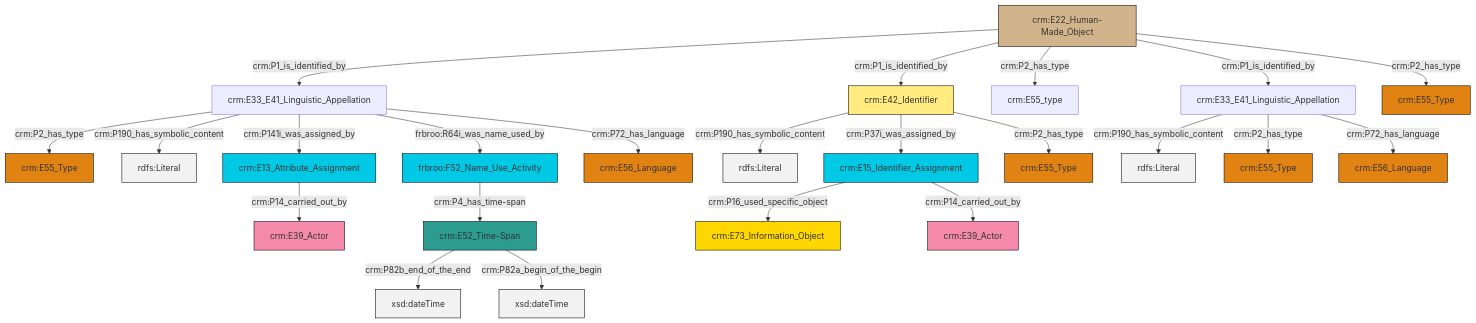
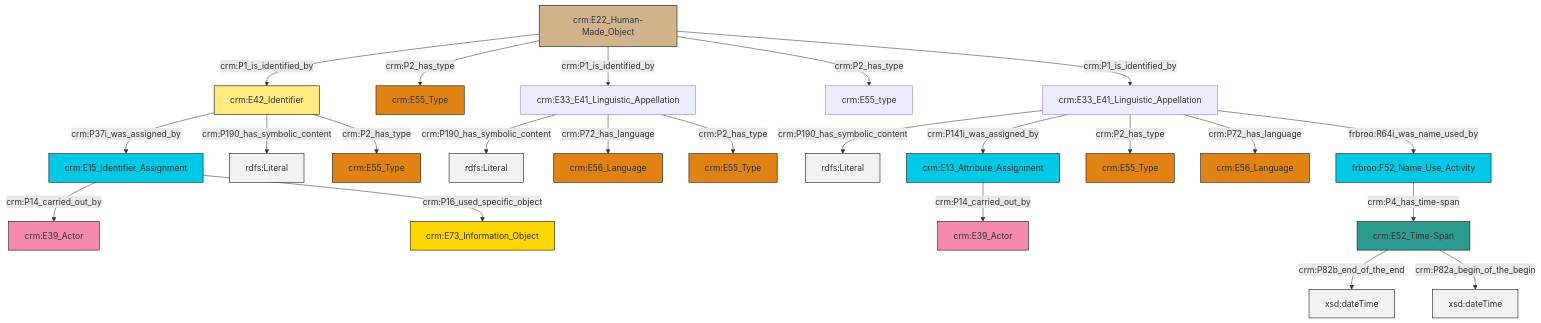
The diagram in et/artworkCSV/ttl/mmd/Artwork_Name.ttl.mmd (swiss-art-research-net/reference-data-models), drawn with Mermaid before and after one commit. The commit also changed 129 other files, not shown here.

```diff
--- a/et/artworkCSV/ttl/mmd/Artwork_Name.ttl.mmd
+++ b/et/artworkCSV/ttl/mmd/Artwork_Name.ttl.mmd
@@ -1,37 +1,37 @@
 graph TD
 classDef Literal fill:#f2f2f2,stroke:#000000;
 classDef CRM_Entity fill:#FFFFFF,stroke:#000000;
 classDef Temporal_Entity fill:#00C9E6, stroke:#000000;
 classDef Type fill:#E18312, stroke:#000000;
 classDef Time-Span fill:#2C9C91, stroke:#000000;
 classDef Appellation fill:#FFEB7F, stroke:#000000;
 classDef Place fill:#008836, stroke:#000000;
 classDef Persistent_Item fill:#B266B2, stroke:#000000;
 classDef Conceptual_Object fill:#FFD700, stroke:#000000;
 classDef Physical_Thing fill:#D2B48C, stroke:#000000;
 classDef Actor fill:#f58aad, stroke:#000000;
 classDef PC_Classes fill:#4ce600, stroke:#000000;
 classDef Multi fill:#cccccc,stroke:#000000;
 
-0["frbroo:F52_Name_Use_Activity"]:::Temporal_Entity -->|crm:P4_has_time-span| 1["crm:E52_Time-Span"]:::Time-Span
-7["crm:E42_Identifier"]:::Appellation -->|crm:P190_has_symbolic_content| 8[rdfs:Literal]:::Literal
-12["crm:E13_Attribute_Assignment"]:::Temporal_Entity -->|crm:P14_carried_out_by| 13["crm:E39_Actor"]:::Actor
-2["crm:E22_Human-Made_Object"]:::Physical_Thing -->|crm:P1_is_identified_by| 5["crm:E33_E41_Linguistic_Appellation"]:::Default
-16["crm:E33_E41_Linguistic_Appellation"]:::Default -->|crm:P190_has_symbolic_content| 17[rdfs:Literal]:::Literal
-2["crm:E22_Human-Made_Object"]:::Physical_Thing -->|crm:P1_is_identified_by| 7["crm:E42_Identifier"]:::Appellation
-2["crm:E22_Human-Made_Object"]:::Physical_Thing -->|crm:P2_has_type| 23["crm:E55_type"]:::Default
-5["crm:E33_E41_Linguistic_Appellation"]:::Default -->|crm:P2_has_type| 21["crm:E55_Type"]:::Type
-1["crm:E52_Time-Span"]:::Time-Span -->|crm:P82b_end_of_the_end| 24[xsd:dateTime]:::Literal
-2["crm:E22_Human-Made_Object"]:::Physical_Thing -->|crm:P1_is_identified_by| 16["crm:E33_E41_Linguistic_Appellation"]:::Default
-5["crm:E33_E41_Linguistic_Appellation"]:::Default -->|crm:P190_has_symbolic_content| 30[rdfs:Literal]:::Literal
-5["crm:E33_E41_Linguistic_Appellation"]:::Default -->|crm:P141i_was_assigned_by| 12["crm:E13_Attribute_Assignment"]:::Temporal_Entity
-5["crm:E33_E41_Linguistic_Appellation"]:::Default -->|frbroo:R64i_was_name_used_by| 0["frbroo:F52_Name_Use_Activity"]:::Temporal_Entity
-18["crm:E15_Identifier_Assignment"]:::Temporal_Entity -->|crm:P16_used_specific_object| 26["crm:E73_Information_Object"]:::Conceptual_Object
-18["crm:E15_Identifier_Assignment"]:::Temporal_Entity -->|crm:P14_carried_out_by| 34["crm:E39_Actor"]:::Actor
-5["crm:E33_E41_Linguistic_Appellation"]:::Default -->|crm:P72_has_language| 28["crm:E56_Language"]:::Type
-7["crm:E42_Identifier"]:::Appellation -->|crm:P37i_was_assigned_by| 18["crm:E15_Identifier_Assignment"]:::Temporal_Entity
-16["crm:E33_E41_Linguistic_Appellation"]:::Default -->|crm:P2_has_type| 9["crm:E55_Type"]:::Type
-2["crm:E22_Human-Made_Object"]:::Physical_Thing -->|crm:P2_has_type| 14["crm:E55_Type"]:::Type
-16["crm:E33_E41_Linguistic_Appellation"]:::Default -->|crm:P72_has_language| 31["crm:E56_Language"]:::Type
-7["crm:E42_Identifier"]:::Appellation -->|crm:P2_has_type| 35["crm:E55_Type"]:::Type
-1["crm:E52_Time-Span"]:::Time-Span -->|crm:P82a_begin_of_the_begin| 41[xsd:dateTime]:::Literal
+0["crm:E33_E41_Linguistic_Appellation"]:::Default -->|crm:P190_has_symbolic_content| 1[rdfs:Literal]:::Literal
+2["crm:E33_E41_Linguistic_Appellation"]:::Default -->|crm:P190_has_symbolic_content| 3[rdfs:Literal]:::Literal
+0["crm:E33_E41_Linguistic_Appellation"]:::Default -->|crm:P72_has_language| 6["crm:E56_Language"]:::Type
+4["crm:E22_Human-Made_Object"]:::Physical_Thing -->|crm:P1_is_identified_by| 7["crm:E42_Identifier"]:::Appellation
+4["crm:E22_Human-Made_Object"]:::Physical_Thing -->|crm:P2_has_type| 8["crm:E55_Type"]:::Type
+9["crm:E15_Identifier_Assignment"]:::Temporal_Entity -->|crm:P14_carried_out_by| 10["crm:E39_Actor"]:::Actor
+0["crm:E33_E41_Linguistic_Appellation"]:::Default -->|crm:P2_has_type| 11["crm:E55_Type"]:::Type
+2["crm:E33_E41_Linguistic_Appellation"]:::Default -->|crm:P141i_was_assigned_by| 19["crm:E13_Attribute_Assignment"]:::Temporal_Entity
+2["crm:E33_E41_Linguistic_Appellation"]:::Default -->|crm:P2_has_type| 17["crm:E55_Type"]:::Type
+15["crm:E52_Time-Span"]:::Time-Span -->|crm:P82b_end_of_the_end| 20[xsd:dateTime]:::Literal
+4["crm:E22_Human-Made_Object"]:::Physical_Thing -->|crm:P1_is_identified_by| 0["crm:E33_E41_Linguistic_Appellation"]:::Default
+4["crm:E22_Human-Made_Object"]:::Physical_Thing -->|crm:P2_has_type| 25["crm:E55_type"]:::Default
+15["crm:E52_Time-Span"]:::Time-Span -->|crm:P82a_begin_of_the_begin| 29[xsd:dateTime]:::Literal
+32["frbroo:F52_Name_Use_Activity"]:::Temporal_Entity -->|crm:P4_has_time-span| 15["crm:E52_Time-Span"]:::Time-Span
+9["crm:E15_Identifier_Assignment"]:::Temporal_Entity -->|crm:P16_used_specific_object| 33["crm:E73_Information_Object"]:::Conceptual_Object
+7["crm:E42_Identifier"]:::Appellation -->|crm:P37i_was_assigned_by| 9["crm:E15_Identifier_Assignment"]:::Temporal_Entity
+7["crm:E42_Identifier"]:::Appellation -->|crm:P190_has_symbolic_content| 38[rdfs:Literal]:::Literal
+2["crm:E33_E41_Linguistic_Appellation"]:::Default -->|crm:P72_has_language| 36["crm:E56_Language"]:::Type
+4["crm:E22_Human-Made_Object"]:::Physical_Thing -->|crm:P1_is_identified_by| 2["crm:E33_E41_Linguistic_Appellation"]:::Default
+7["crm:E42_Identifier"]:::Appellation -->|crm:P2_has_type| 30["crm:E55_Type"]:::Type
+2["crm:E33_E41_Linguistic_Appellation"]:::Default -->|frbroo:R64i_was_name_used_by| 32["frbroo:F52_Name_Use_Activity"]:::Temporal_Entity
+19["crm:E13_Attribute_Assignment"]:::Temporal_Entity -->|crm:P14_carried_out_by| 13["crm:E39_Actor"]:::Actor
```
